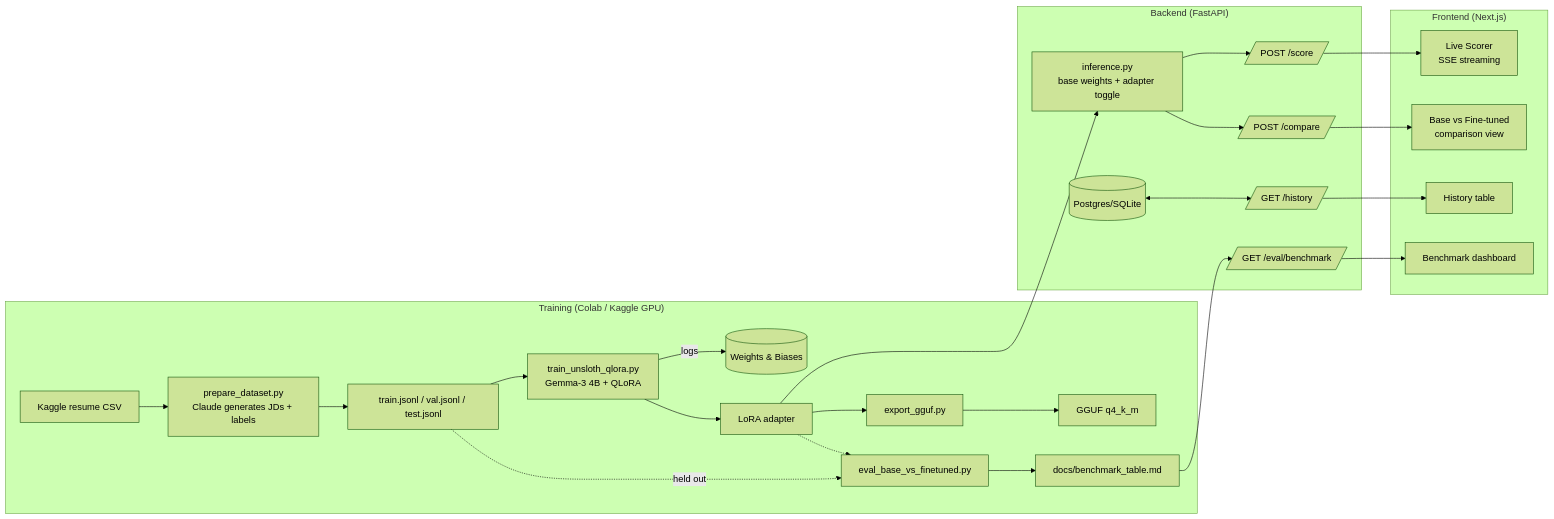
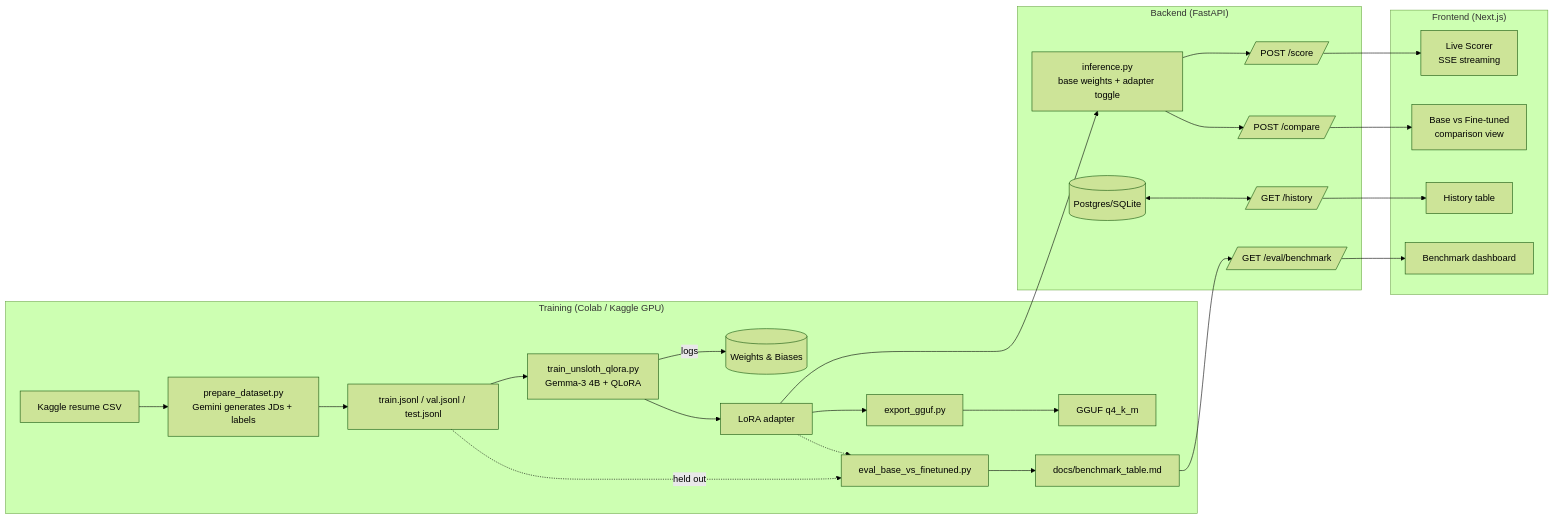
Before and after one commit to aayush-arya/compact-llm: the diagram in README.md, drawn with Mermaid (forest theme). The commit also changed other lines of this file and 5 other files, not shown here.

First line of the commit message:
Switch dataset labeling oracle from Claude to Gemini free tier

````diff
--- a/README.md
+++ b/README.md
@@ -34,29 +34,29 @@
 ```mermaid
 flowchart LR
     subgraph Training["Training (Colab / Kaggle GPU)"]
-        A[Kaggle resume CSV] --> B[prepare_dataset.py<br/>Claude generates JDs + labels]
+        A[Kaggle resume CSV] --> B[prepare_dataset.py<br/>Gemini generates JDs + labels]
         B --> C[train.jsonl / val.jsonl / test.jsonl]
         C --> D[train_unsloth_qlora.py<br/>Gemma-3 4B + QLoRA]
         D -->|logs| WANDB[(Weights & Biases)]
         D --> E[LoRA adapter]
         E --> F[export_gguf.py] --> G[GGUF q4_k_m]
         C -.held out.-> H[eval_base_vs_finetuned.py]
         E -.-> H
         H --> I[docs/benchmark_table.md]
     end
 
     subgraph Serving["Backend (FastAPI)"]
         E --> J[inference.py<br/>base weights + adapter toggle]
         J --> K[/POST /score/]
         J --> L[/POST /compare/]
         M[(Postgres/SQLite)] <--> N[/GET /history/]
         I --> O[/GET /eval/benchmark/]
     end
 
     subgraph Frontend["Frontend (Next.js)"]
         K --> P[Live Scorer<br/>SSE streaming]
         L --> Q[Base vs Fine-tuned<br/>comparison view]
         N --> R[History table]
         O --> S[Benchmark dashboard]
     end
 ```
````
